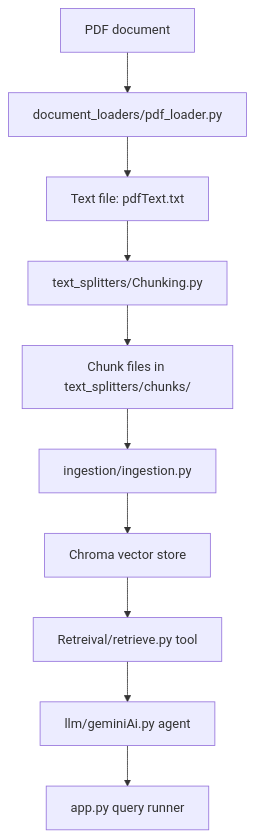
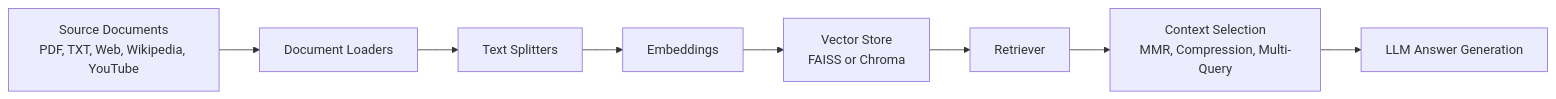
Before and after one commit to aniket-dev-ai/20-Agentic-Ai-Practice-Proojects-SpeedRun: the first of 2 diagrams in 3. Retrieval Q&A with Document Loaders/README.md, drawn with Mermaid. The commit also changed other lines of this file and 42 other files, not shown here.

Commit message:
3. Retrieval Q&A with Document Loaders

````diff
--- a/3. Retrieval Q&A with Document Loaders/README.md
+++ b/3. Retrieval Q&A with Document Loaders/README.md
@@ -40,12 +50,10 @@
 ```mermaid
-graph TD
-    A[PDF document] --> B[document_loaders/pdf_loader.py]
-    B --> C[Text file: pdfText.txt]
-    C --> D[text_splitters/Chunking.py]
-    D --> E[Chunk files in text_splitters/chunks/]
-    E --> F[ingestion/ingestion.py]
-    F --> G[Chroma vector store]
-    G --> H[Retreival/retrieve.py tool]
-    H --> I[llm/geminiAi.py agent]
-    I --> J[app.py query runner]
+flowchart LR
+    A[Source Documents<br/>PDF, TXT, Web, Wikipedia, YouTube] --> B[Document Loaders]
+    B --> C[Text Splitters]
+    C --> D[Embeddings]
+    D --> E[Vector Store<br/>FAISS or Chroma]
+    E --> F[Retriever]
+    F --> G[Context Selection<br/>MMR, Compression, Multi-Query]
+    G --> H[LLM Answer Generation]
 ```
````
